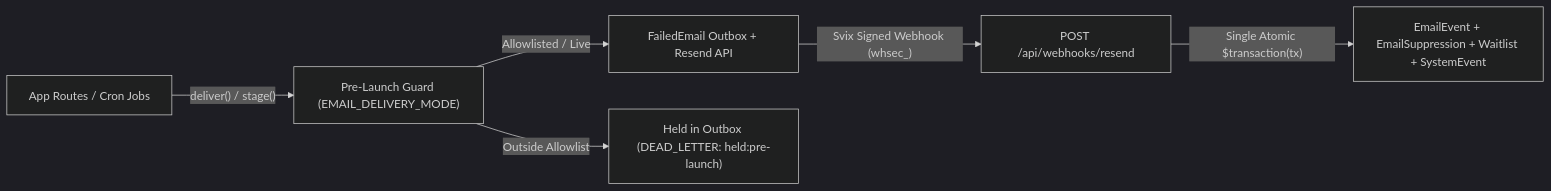
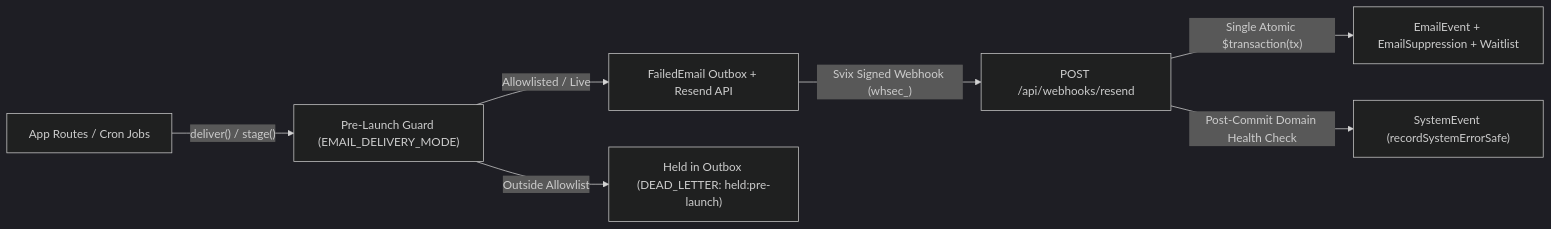
One commit to Practitionist/familiarise_web changed the diagram in docs/email/README.md. Above: the diagram before and after it, drawn with Mermaid (dark theme). The commit also changed other lines of this file and 44 other files, not shown here.

````diff
--- a/docs/email/README.md
+++ b/docs/email/README.md
@@ -17,8 +17,9 @@
 ```mermaid
 flowchart LR
     App["App Routes / Cron Jobs"] -->|"deliver() / stage()"| Guard["Pre-Launch Guard (EMAIL_DELIVERY_MODE)"]
     Guard -->|"Allowlisted / Live"| Outbox["FailedEmail Outbox + Resend API"]
     Guard -->|"Outside Allowlist"| Held["Held in Outbox (DEAD_LETTER: held:pre-launch)"]
     Outbox -->|"Svix Signed Webhook (whsec_)"| Webhook["POST /api/webhooks/resend"]
-    Webhook -->|"Single Atomic $transaction(tx)"| Tables["EmailEvent + EmailSuppression + Waitlist + SystemEvent"]
+    Webhook -->|"Single Atomic $transaction(tx)"| Tables["EmailEvent + EmailSuppression + Waitlist"]
+    Webhook -->|"Post-Commit Domain Health Check"| SystemEvent["SystemEvent (recordSystemErrorSafe)"]
 ```
````
